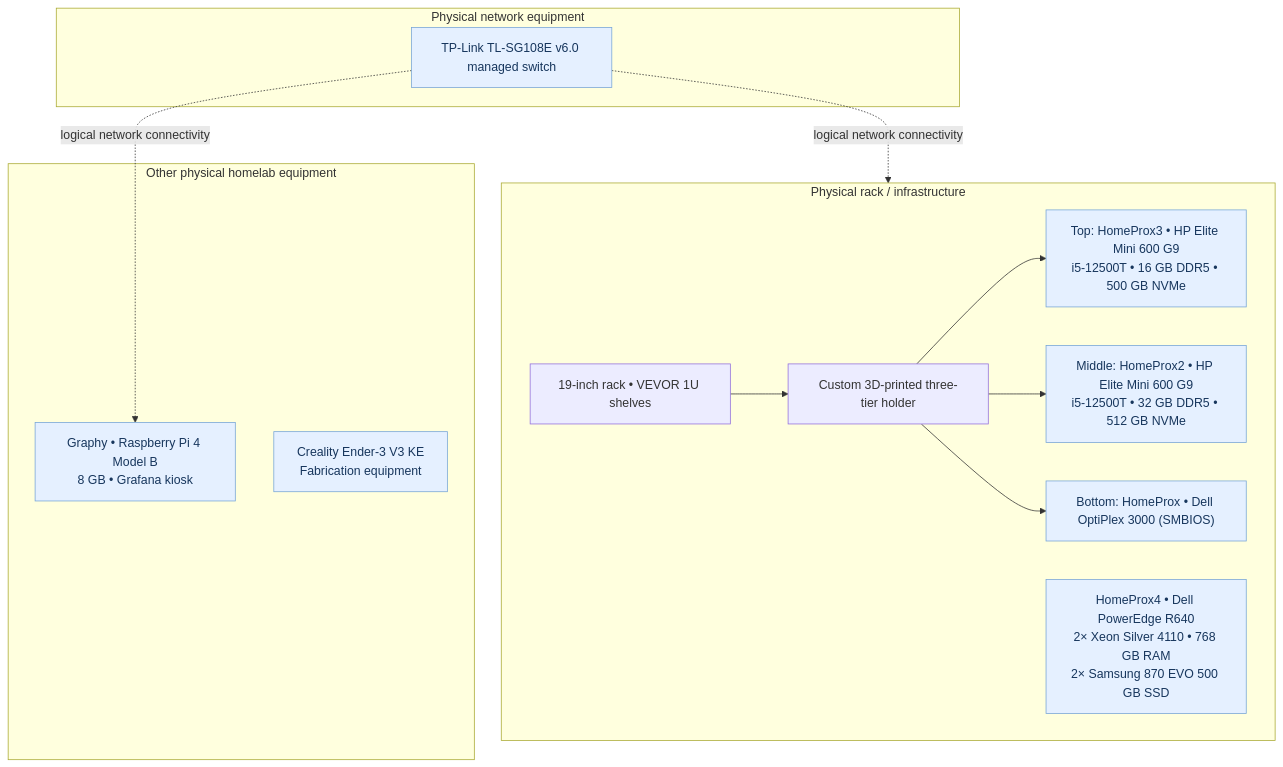
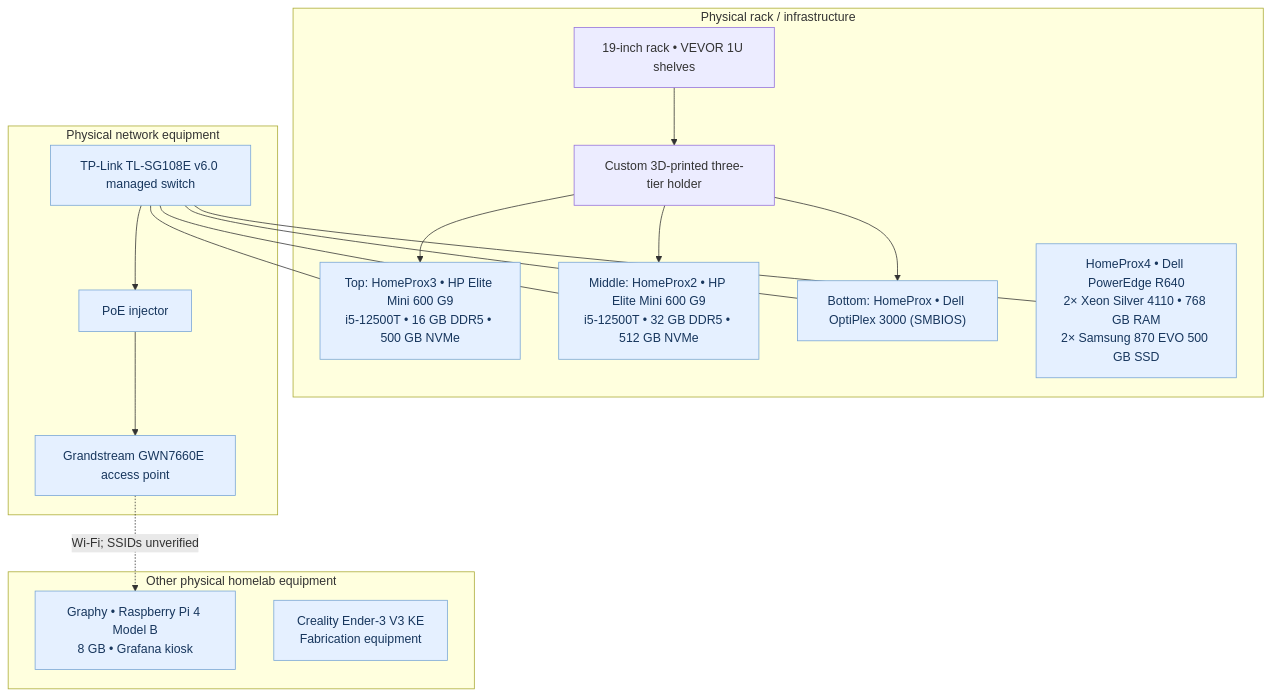
The third of 3 diagrams in network/diagrams/README.md (samuelkemp1619/HOMELAB-PORTFOLIO), drawn with Mermaid before and after one commit. The commit also changed other lines of this file, not shown here.

Commit message:
Document verified physical switch topology, VLAN ports, Proxmox uplinks and Grandstream AP

````diff
--- a/network/diagrams/README.md
+++ b/network/diagrams/README.md
@@ -54,26 +103,32 @@
 ```mermaid
 flowchart TB
     subgraph RACK["Physical rack / infrastructure"]
         SHELVES["19-inch rack • VEVOR 1U shelves"]
         HOLDER["Custom 3D-printed three-tier holder"]
         H3["Top: HomeProx3 • HP Elite Mini 600 G9<br/>i5-12500T • 16 GB DDR5 • 500 GB NVMe"]
         H2["Middle: HomeProx2 • HP Elite Mini 600 G9<br/>i5-12500T • 32 GB DDR5 • 512 GB NVMe"]
         H1["Bottom: HomeProx • Dell OptiPlex 3000 (SMBIOS)"]
         R640["HomeProx4 • Dell PowerEdge R640<br/>2× Xeon Silver 4110 • 768 GB RAM<br/>2× Samsung 870 EVO 500 GB SSD"]
         SHELVES --> HOLDER
         HOLDER --> H3
         HOLDER --> H2
         HOLDER --> H1
     end
     subgraph NETWORK_HW["Physical network equipment"]
         SWITCH_HW["TP-Link TL-SG108E v6.0 managed switch"]
+        INJECTOR["PoE injector"]
+        ACCESS["Grandstream GWN7660E access point"]
+        SWITCH_HW --> INJECTOR --> ACCESS
     end
     subgraph OTHER_HW["Other physical homelab equipment"]
         PI4["Graphy • Raspberry Pi 4 Model B<br/>8 GB • Grafana kiosk"]
         PRINTER["Creality Ender-3 V3 KE<br/>Fabrication equipment"]
     end
-    SWITCH_HW -. "logical network connectivity" .-> RACK
-    SWITCH_HW -. "logical network connectivity" .-> PI4
+    SWITCH_HW --- H1
+    SWITCH_HW --- H2
+    SWITCH_HW --- H3
+    SWITCH_HW --- R640
+    ACCESS -. "Wi-Fi; SSIDs unverified" .-> PI4
     classDef platform fill:#e5f0ff,color:#17365d,stroke:#77a5d6
-    class H1,H2,H3,R640,SWITCH_HW,PI4,PRINTER platform
+    class H1,H2,H3,R640,SWITCH_HW,INJECTOR,ACCESS,PI4,PRINTER platform
 ```
````
